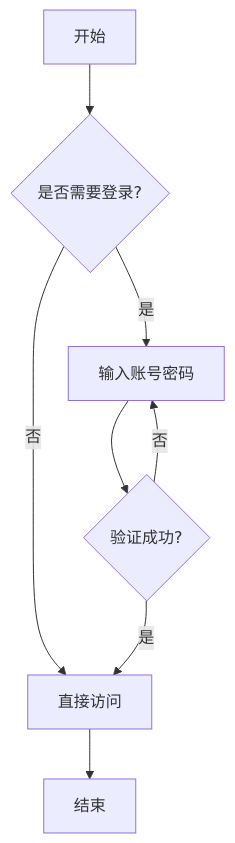
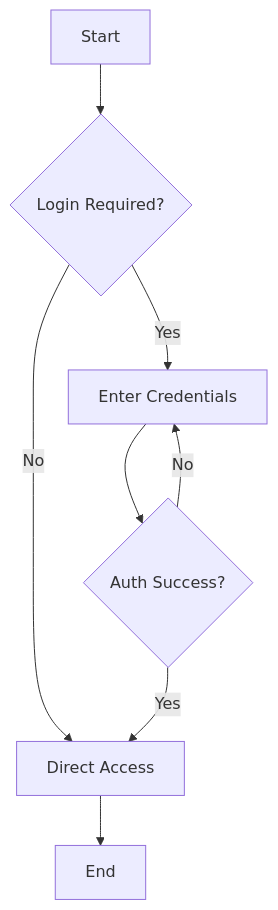
The first of 7 diagrams in src/content/blog/mermaid-demo/index.md (shakingshards-crypto/shakingshards-crypto.github.io), drawn with Mermaid before and after one commit. The commit also changed other lines of this file and 38 other files, not shown here.

````diff
--- a/src/content/blog/mermaid-demo/index.md
+++ b/src/content/blog/mermaid-demo/index.md
@@ -14,10 +14,10 @@
 ```mermaid
 graph TD
-    A[开始] --> B{是否需要登录?}
-    B -->|是| C[输入账号密码]
-    B -->|否| D[直接访问]
-    C --> E{验证成功?}
-    E -->|是| D
-    E -->|否| C
-    D --> F[结束]
+    A[Start] --> B{Login Required?}
+    B -->|Yes| C[Enter Credentials]
+    B -->|No| D[Direct Access]
+    C --> E{Auth Success?}
+    E -->|Yes| D
+    E -->|No| C
+    D --> F[End]
 ```
````
